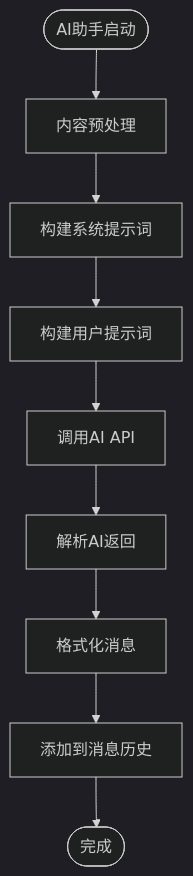
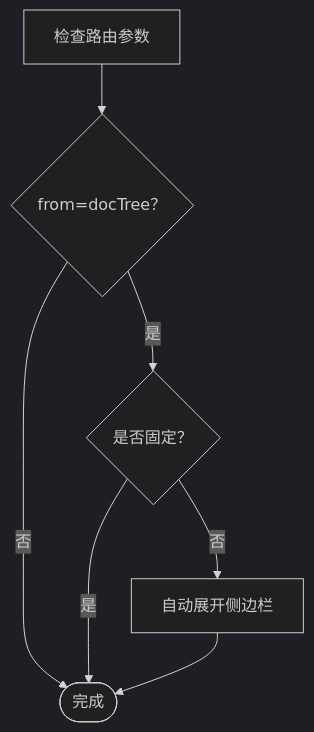
The seventh of 8 diagrams in .qoder/repowiki/zh/content/Outline System.md (terwer/siyuan-plugin-blog), drawn with Mermaid (dark theme) before and after one commit. The commit also changed other lines of this file and 5 other files, not shown here.

Commit message:
docs(zh): modular sidebar with vertical buttons for outline system

````diff
--- a/.qoder/repowiki/zh/content/Outline System.md
+++ b/.qoder/repowiki/zh/content/Outline System.md
@@ -405,11 +334,9 @@
 ```mermaid
 flowchart TD
-Start([AI助手启动]) --> Preprocess["内容预处理"]
-Preprocess --> BuildSystem["构建系统提示词"]
-BuildSystem --> BuildUser["构建用户提示词"]
-BuildUser --> CallAPI["调用AI API"]
-CallAPI --> ParseResult["解析AI返回"]
-ParseResult --> FormatMessage["格式化消息"]
-FormatMessage --> AddToHistory["添加到消息历史"]
-AddToHistory --> End([完成])
+CheckRoute["检查路由参数"] --> IsFromDocTree{"from=docTree？"}
+IsFromDocTree --> |是| CheckPinned{"是否固定？"}
+IsFromDocTree --> |否| End([完成])
+CheckPinned --> |否| ExpandSidebar["自动展开侧边栏"]
+CheckPinned --> |是| End
+ExpandSidebar --> End
 ```
````
